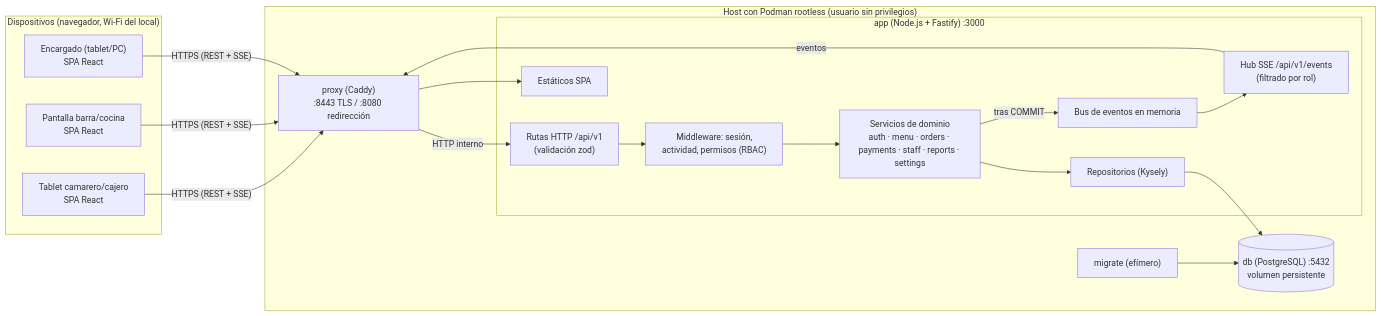
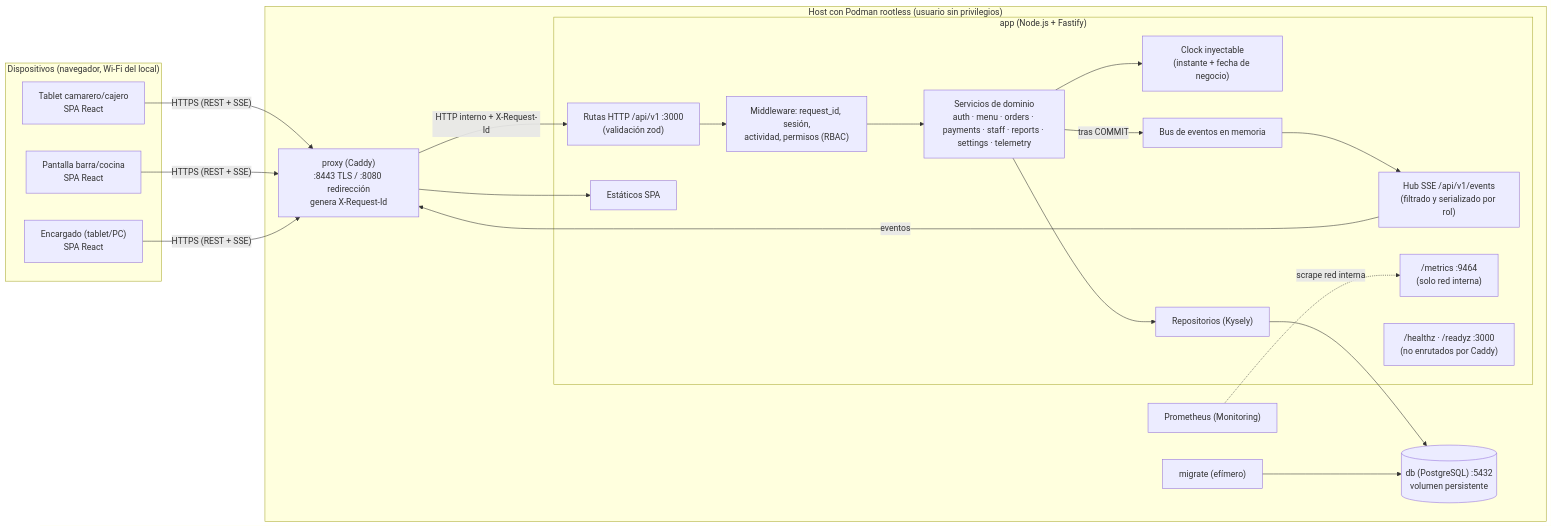
Before and after one commit to Pablo592/testing-ia: the first of 3 diagrams in docs/arquitectura.md, drawn with Mermaid. The commit also changed other lines of this file and 20 other files, not shown here.

````diff
--- a/docs/arquitectura.md
+++ b/docs/arquitectura.md
@@ -45,32 +52,38 @@
 ```mermaid
 flowchart LR
   subgraph Dispositivos["Dispositivos (navegador, Wi-Fi del local)"]
     T["Tablet camarero/cajero<br/>SPA React"]
     B["Pantalla barra/cocina<br/>SPA React"]
     E["Encargado (tablet/PC)<br/>SPA React"]
   end
 
   subgraph Host["Host con Podman rootless (usuario sin privilegios)"]
-    P["proxy (Caddy)<br/>:8443 TLS / :8080 redirección"]
-    subgraph APP["app (Node.js + Fastify) :3000"]
-      R["Rutas HTTP /api/v1<br/>(validación zod)"]
-      MW["Middleware: sesión,<br/>actividad, permisos (RBAC)"]
-      S["Servicios de dominio<br/>auth · menu · orders · payments · staff · reports · settings"]
+    P["proxy (Caddy)<br/>:8443 TLS / :8080 redirección<br/>genera X-Request-Id"]
+    subgraph APP["app (Node.js + Fastify)"]
+      R["Rutas HTTP /api/v1 :3000<br/>(validación zod)"]
+      MW["Middleware: request_id, sesión,<br/>actividad, permisos (RBAC)"]
+      S["Servicios de dominio<br/>auth · menu · orders · payments · staff · reports · settings · telemetry"]
+      CLK["Clock inyectable<br/>(instante + fecha de negocio)"]
       BUS["Bus de eventos en memoria"]
-      SSE["Hub SSE /api/v1/events<br/>(filtrado por rol)"]
+      SSE["Hub SSE /api/v1/events<br/>(filtrado y serializado por rol)"]
       REPO["Repositorios (Kysely)"]
       ST["Estáticos SPA"]
+      MET["/metrics :9464<br/>(solo red interna)"]
+      HC["/healthz · /readyz :3000<br/>(no enrutados por Caddy)"]
     end
     DB[("db (PostgreSQL) :5432<br/>volumen persistente")]
     M["migrate (efímero)"]
+    PROM["Prometheus (Monitoring)"]
   end
 
   T & B & E -- "HTTPS (REST + SSE)" --> P
-  P -- "HTTP interno" --> R
+  P -- "HTTP interno + X-Request-Id" --> R
   P --> ST
   R --> MW --> S
+  S --> CLK
   S --> REPO --> DB
   S -- "tras COMMIT" --> BUS --> SSE
   SSE -- "eventos" --> P
   M --> DB
+  PROM -. "scrape red interna" .-> MET
 ```
````
